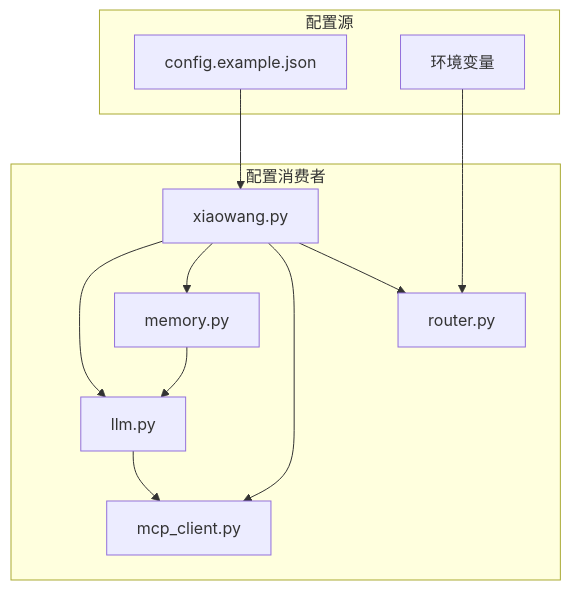
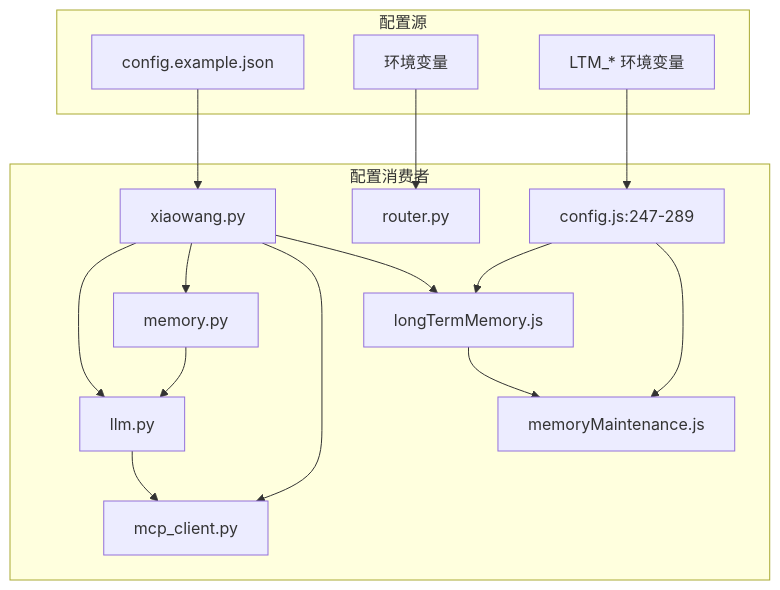
Before and after one commit to HanHuiOnLine/724-office: diagram 19 of 20 in .qoder/repowiki/zh/content/配置管理/配置管理.md, drawn with Mermaid. The commit also changed other lines of this file and 14 other files, not shown here.

Commit message:
优化意图识别

````diff
--- a/.qoder/repowiki/zh/content/配置管理/配置管理.md
+++ b/.qoder/repowiki/zh/content/配置管理/配置管理.md
@@ -509,22 +684,30 @@
 ```mermaid
 graph TB
 subgraph "配置源"
 ConfigFile[config.example.json]
 EnvVars[环境变量]
+LongTermEnv[LTM_* 环境变量]
 end
 subgraph "配置消费者"
 MainApp[xiaowang.py]
 LLMModule[llm.py]
 MemoryModule[memory.py]
 MCPModule[mcp_client.py]
 RouterModule[router.py]
+LongTermConfig[config.js:247-289]
+LongTermMemory[longTermMemory.js]
+MemoryMaintenance[memoryMaintenance.js]
 end
 ConfigFile --> MainApp
 EnvVars --> RouterModule
+LongTermEnv --> LongTermConfig
+LongTermConfig --> LongTermMemory
+LongTermConfig --> MemoryMaintenance
 MainApp --> LLMModule
 MainApp --> MemoryModule
 MainApp --> MCPModule
-MainApp --> RouterModule
+MainApp --> LongTermMemory
+LongTermMemory --> MemoryMaintenance
 LLMModule --> MCPModule
 MemoryModule --> LLMModule
 ```
````
